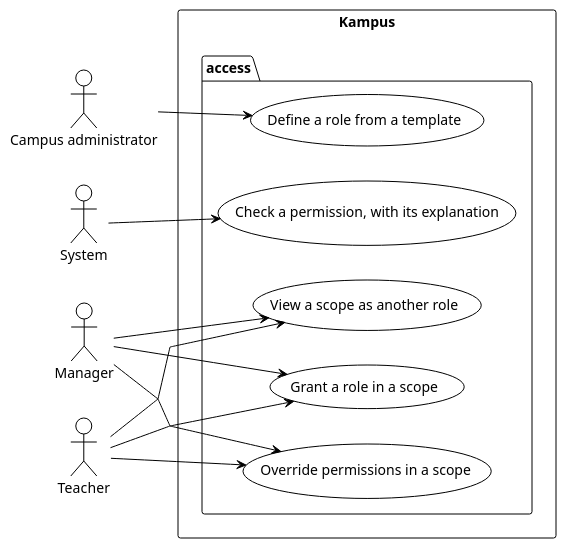
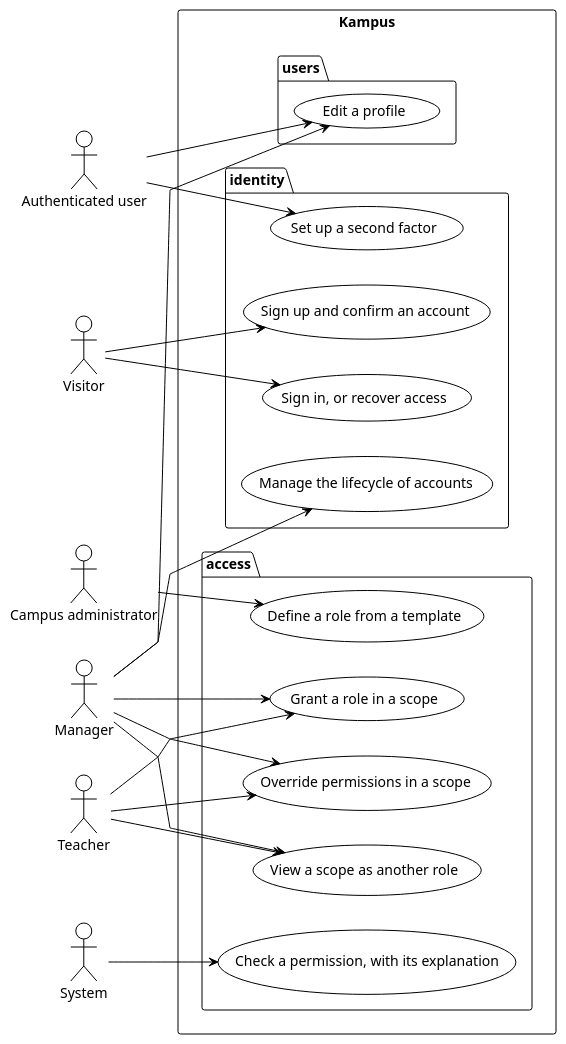
One commit to didactika/kampus changed the diagram in docs/01-requirements/use-case-overview.puml. Above: the diagram before and after it, drawn with PlantUML. The commit also changed 84 other files, not shown here.

First line of the commit message:
docs(docs): design identity and users

```diff
--- a/docs/01-requirements/use-case-overview.puml
+++ b/docs/01-requirements/use-case-overview.puml
@@ -1,30 +1,47 @@
 @startuml
 !theme plain
 skinparam linetype polyline
 left to right direction
 
+actor "Authenticated user" as A_Authenticated_user
 actor "Campus administrator" as A_Campus_administrator
 actor "Manager" as A_Manager
 actor "System" as A_System
 actor "Teacher" as A_Teacher
+actor "Visitor" as A_Visitor
 
 rectangle "Kampus" {
   package "access" {
     usecase "Grant a role in a scope" as UC_grantRole
     usecase "Override permissions in a scope" as UC_overridePermission
     usecase "Check a permission, with its explanation" as UC_checkPermission
     usecase "Define a role from a template" as UC_defineRole
     usecase "View a scope as another role" as UC_viewAsRole
+  }
+  package "identity" {
+    usecase "Sign up and confirm an account" as UC_signUp
+    usecase "Sign in, or recover access" as UC_signIn
+    usecase "Set up a second factor" as UC_setUpSecondFactor
+    usecase "Manage the lifecycle of accounts" as UC_manageAccountLifecycle
+  }
+  package "users" {
+    usecase "Edit a profile" as UC_editProfile
   }
 }
 
 A_Manager --> UC_grantRole
 A_Teacher --> UC_grantRole
 A_Manager --> UC_overridePermission
 A_Teacher --> UC_overridePermission
 A_System --> UC_checkPermission
 A_Campus_administrator --> UC_defineRole
 A_Teacher --> UC_viewAsRole
 A_Manager --> UC_viewAsRole
+A_Visitor --> UC_signUp
+A_Visitor --> UC_signIn
+A_Authenticated_user --> UC_setUpSecondFactor
+A_Manager --> UC_manageAccountLifecycle
+A_Authenticated_user --> UC_editProfile
+A_Manager --> UC_editProfile
 
 @enduml
```
